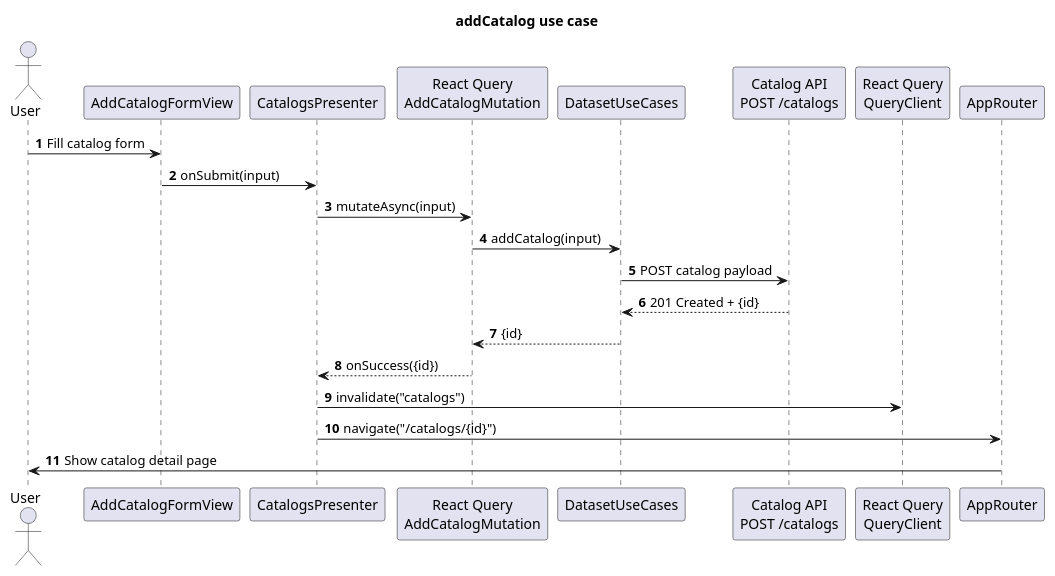
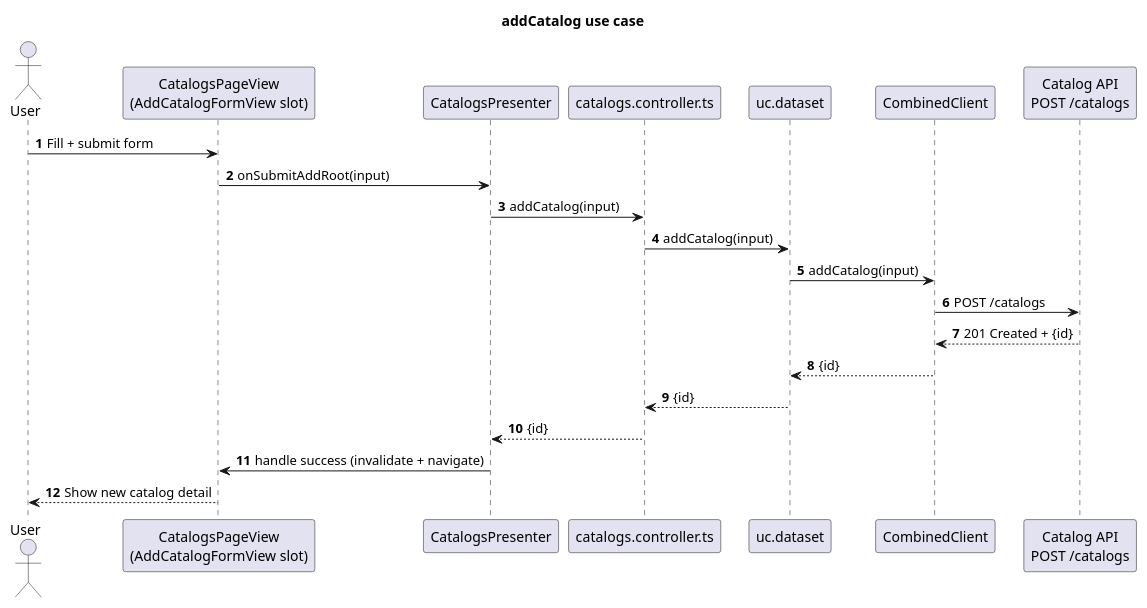
One commit to POP2025-EEPW/doorce-frontend changed the diagram in diagrams/sequence/addCatalog.puml. Above: the diagram before and after it, drawn with PlantUML. The commit also changed 7 other files, not shown here.

Commit message:
Fix on diagrams

```diff
--- a/diagrams/sequence/addCatalog.puml
+++ b/diagrams/sequence/addCatalog.puml
@@ -1,27 +1,27 @@
 @startuml
 title addCatalog use case
 autonumber
 
 actor User
 
-participant "AddCatalogFormView" as CatalogForm
-participant "CatalogsPresenter" as CatalogsPresenter
-participant "React Query\nAddCatalogMutation" as AddCatalogMutation
-participant "DatasetUseCases" as DatasetUC
-participant "Catalog API\nPOST /catalogs" as CatalogApi
-participant "React Query\nQueryClient" as QueryClient
-participant "AppRouter" as Router
+participant "CatalogsPageView\n(AddCatalogFormView slot)" as View
+participant "CatalogsPresenter" as Presenter
+participant "catalogs.controller.ts" as Controller
+participant "uc.dataset" as UseCase
+participant "CombinedClient" as Client
+participant "Catalog API\nPOST /catalogs" as Http
 
-User -> CatalogForm : Fill catalog form
-CatalogForm -> CatalogsPresenter : onSubmit(input)
-CatalogsPresenter -> AddCatalogMutation : mutateAsync(input)
-AddCatalogMutation -> DatasetUC : addCatalog(input)
-DatasetUC -> CatalogApi : POST catalog payload
-CatalogApi --> DatasetUC : 201 Created + {id}
-DatasetUC --> AddCatalogMutation : {id}
-AddCatalogMutation --> CatalogsPresenter : onSuccess({id})
-CatalogsPresenter -> QueryClient : invalidate("catalogs")
-CatalogsPresenter -> Router : navigate("/catalogs/{id}")
-Router -> User : Show catalog detail page
+User -> View : Fill + submit form
+View -> Presenter : onSubmitAddRoot(input)
+Presenter -> Controller : addCatalog(input)
+Controller -> UseCase : addCatalog(input)
+UseCase -> Client : addCatalog(input)
+Client -> Http : POST /catalogs
+Http --> Client : 201 Created + {id}
+Client --> UseCase : {id}
+UseCase --> Controller : {id}
+Controller --> Presenter : {id}
+Presenter -> View : handle success (invalidate + navigate)
+View --> User : Show new catalog detail
 
 @enduml
```
